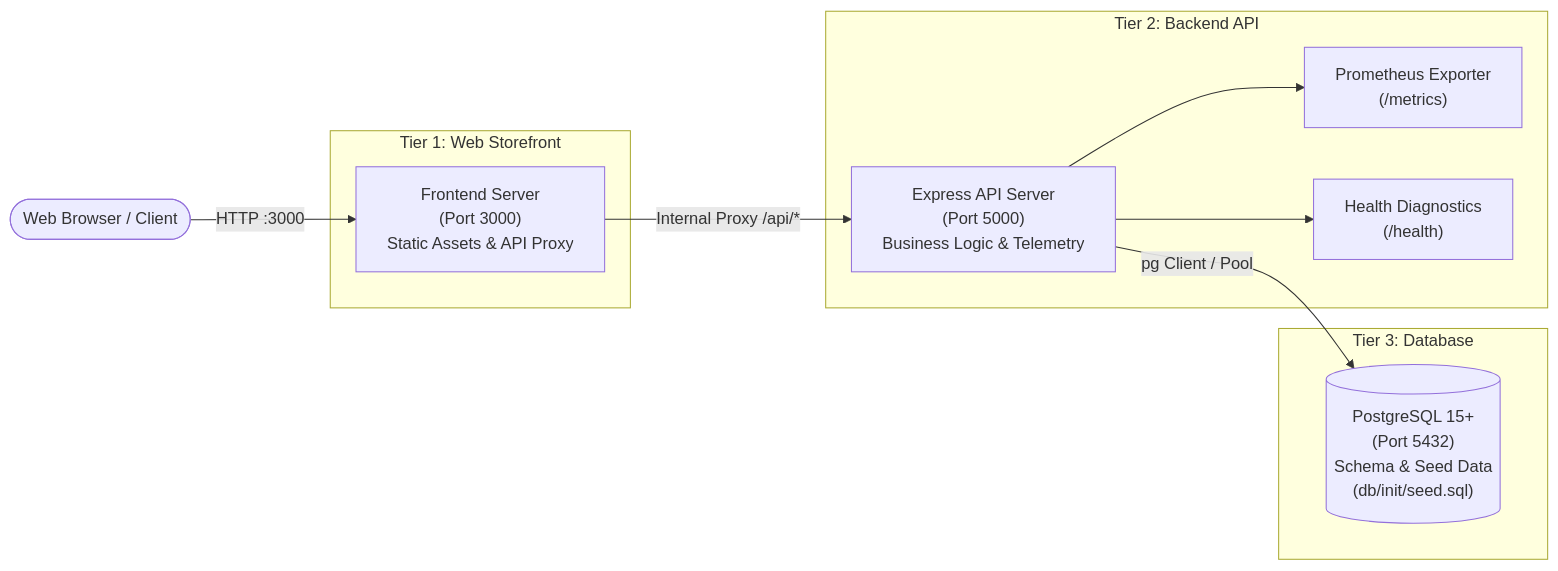
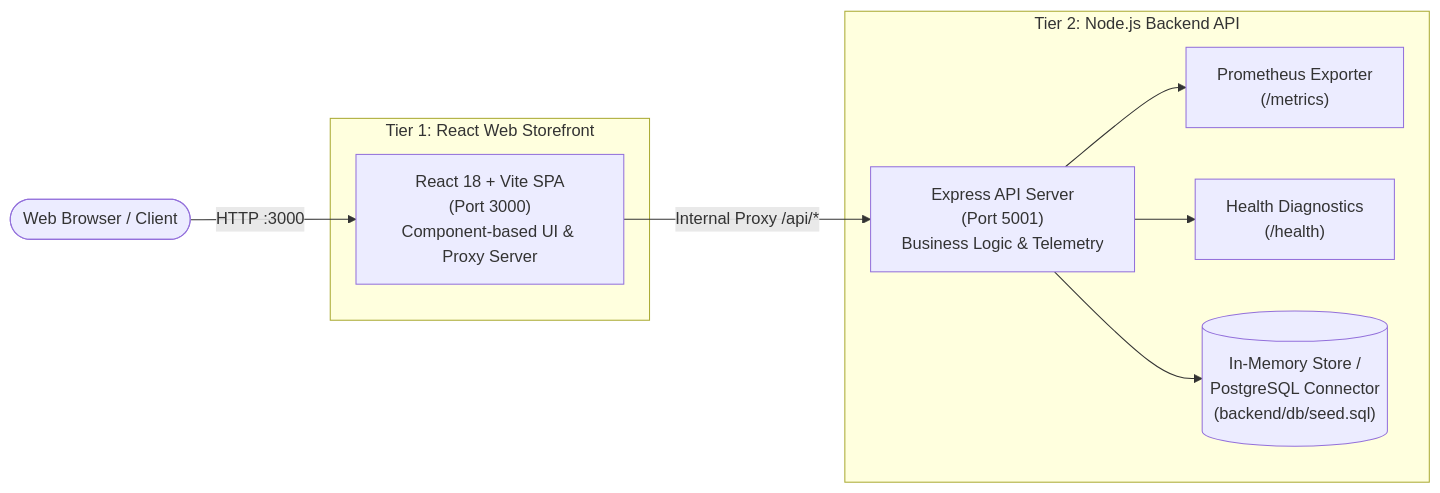
The diagram in README.md (aqsa890/production-ecommerce-devops), drawn with Mermaid before and after one commit. The commit also changed other lines of this file and 21 other files, not shown here.

Commit message:
feat(arch): streamline architecture to 2-tier React 18 frontend and Node.js backend

````diff
--- a/README.md
+++ b/README.md
@@ -16,22 +15,19 @@
 ```mermaid
 flowchart LR
-    subgraph Tier1["Tier 1: Web Storefront"]
-        UI["Frontend Server\n(Port 3000)\nStatic Assets & API Proxy"]
+    subgraph Tier1["Tier 1: React Web Storefront"]
+        UI["React 18 + Vite SPA\n(Port 3000)\nComponent-based UI & Proxy Server"]
     end
 
-    subgraph Tier2["Tier 2: Backend API"]
-        API["Express API Server\n(Port 5000)\nBusiness Logic & Telemetry"]
+    subgraph Tier2["Tier 2: Node.js Backend API"]
+        API["Express API Server\n(Port 5001)\nBusiness Logic & Telemetry"]
         Metrics["Prometheus Exporter\n(/metrics)"]
         Health["Health Diagnostics\n(/health)"]
-    end
-
-    subgraph Tier3["Tier 3: Database"]
-        DB[("PostgreSQL 15+\n(Port 5432)\nSchema & Seed Data\n(db/init/seed.sql)")]
+        Data[("In-Memory Store /\nPostgreSQL Connector\n(backend/db/seed.sql)")]
     end
 
     User([Web Browser / Client]) -->|HTTP :3000| UI
     UI -->|Internal Proxy /api/*| API
-    API -->|pg Client / Pool| DB
+    API --> Data
     API --> Metrics
     API --> Health
 ```
````
